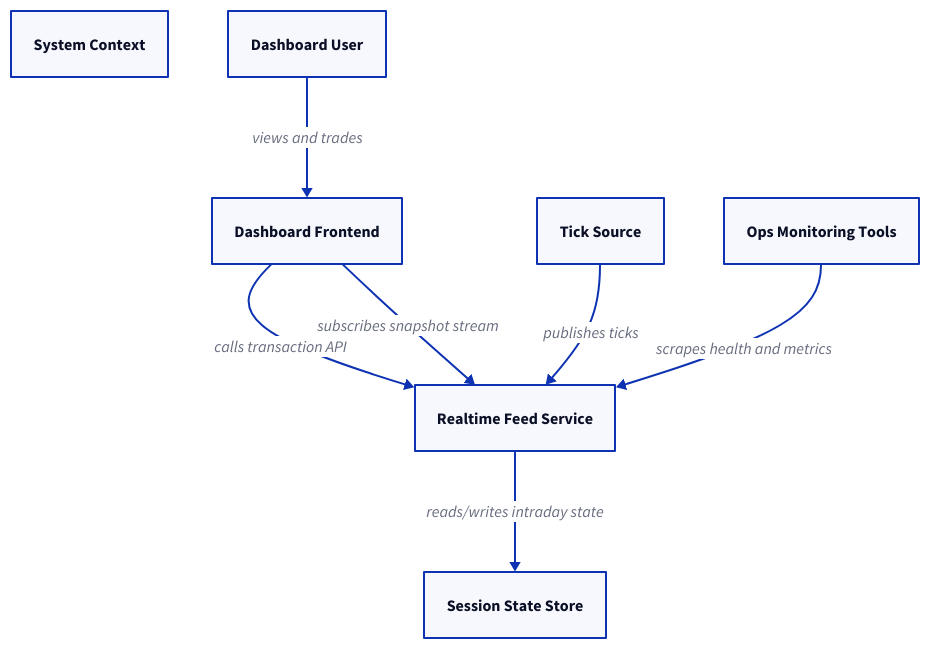
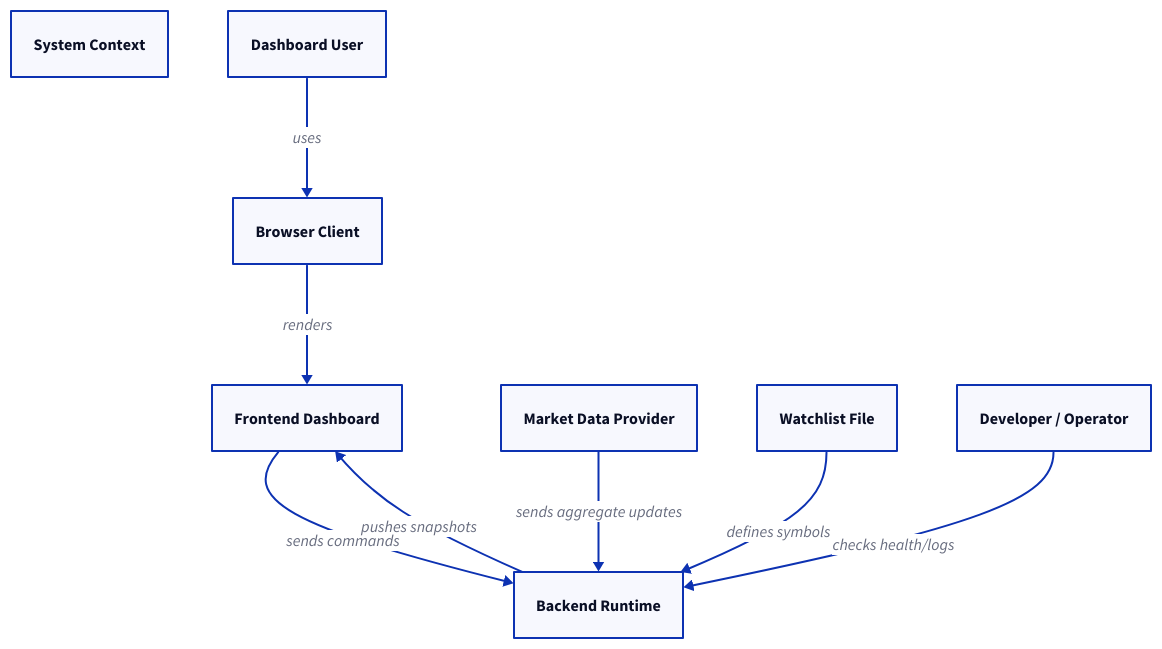
The diagram in docs/diagrams/system_context.d2 (TeroTS/stock-dashboard), drawn with D2 before and after one commit. The commit also changed 12 other files, not shown here.

```diff
--- a/docs/diagrams/system_context.d2
+++ b/docs/diagrams/system_context.d2
@@ -1,15 +1,17 @@
 title: System Context
 
-dashboard_user: "Dashboard User"
-frontend_app: "Dashboard Frontend"
-realtime_backend: "Realtime Feed Service"
-tick_source: "Tick Source"
-session_store: "Session State Store"
-ops_tools: "Ops Monitoring Tools"
+user: "Dashboard User"
+browser: "Browser Client"
+frontend: "Frontend Dashboard"
+backend: "Backend Runtime"
+provider: "Market Data Provider"
+watchlist: "Watchlist File"
+ops: "Developer / Operator"
 
-dashboard_user -> frontend_app: views and trades
-frontend_app -> realtime_backend: calls transaction API
-frontend_app -> realtime_backend: subscribes snapshot stream
-tick_source -> realtime_backend: publishes ticks
-realtime_backend -> session_store: reads/writes intraday state
-ops_tools -> realtime_backend: scrapes health and metrics
+user -> browser: uses
+browser -> frontend: renders
+frontend -> backend: sends commands
+backend -> frontend: pushes snapshots
+provider -> backend: sends aggregate updates
+watchlist -> backend: defines symbols
+ops -> backend: checks health/logs
```
